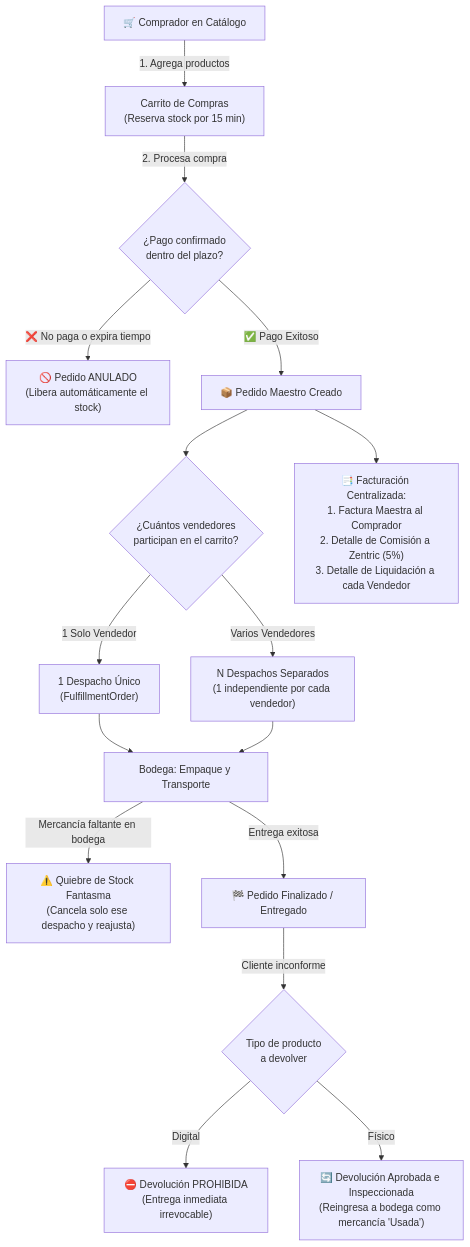
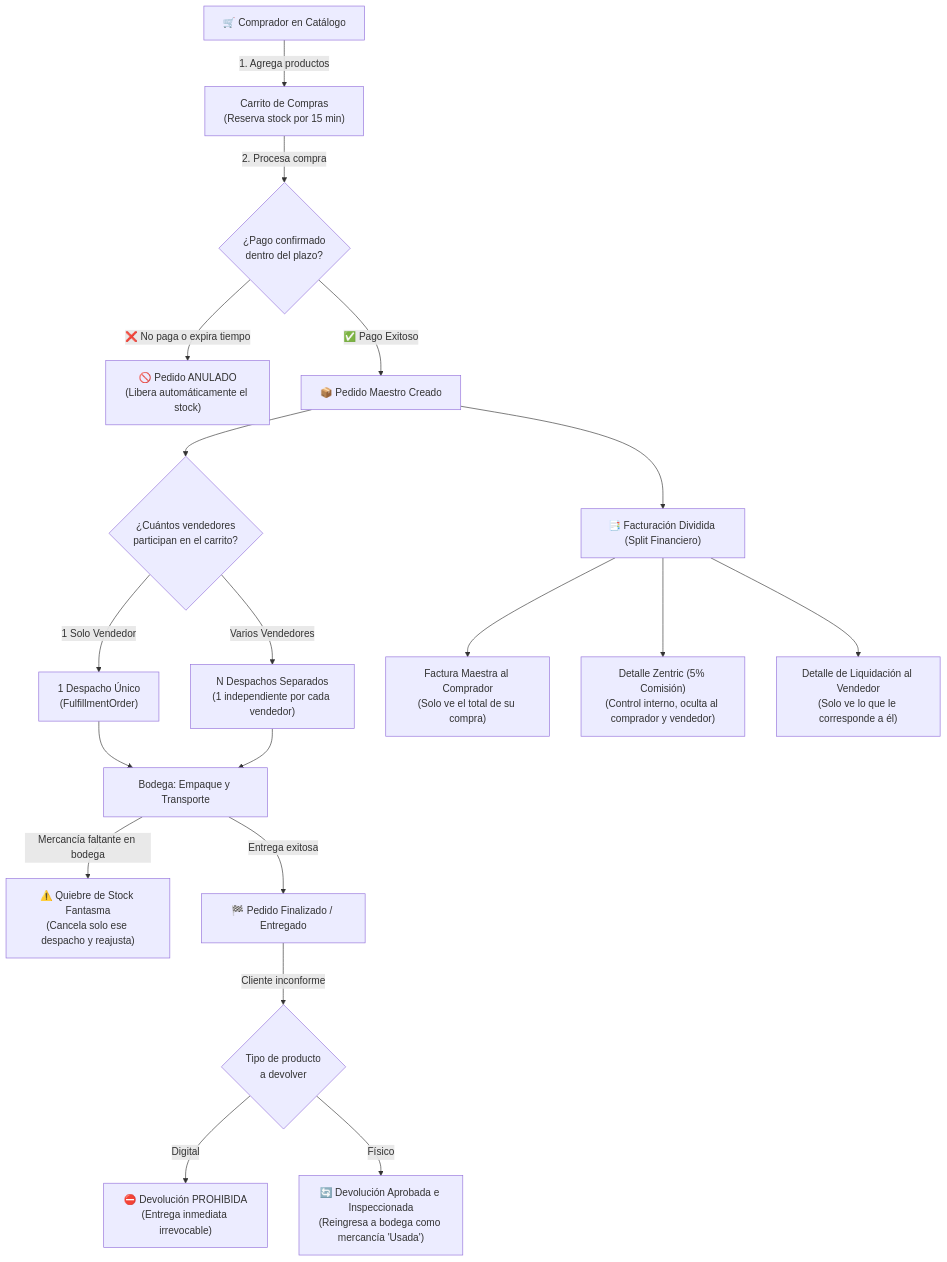
Before and after one commit to D-MachadoDev/Zentric: the first of 2 diagrams in backendSDD/01-system-overview.md, drawn with Mermaid. The commit also changed other lines of this file, not shown here.

Commit message:
docs(overview): add 8-phase workflow diagram and clarify invoice confidentiality

````diff
--- a/backendSDD/01-system-overview.md
+++ b/backendSDD/01-system-overview.md
@@ -13,25 +13,28 @@
 ```mermaid
 flowchart TD
     Buyer["🛒 Comprador en Catálogo"] -->|"1. Agrega productos"| Cart["Carrito de Compras\n(Reserva stock por 15 min)"]
     Cart -->|"2. Procesa compra"| Checkout{"¿Pago confirmado\ndentro del plazo?"}
     
     Checkout -->|"❌ No paga o expira tiempo"| Cancelled["🚫 Pedido ANULADO\n(Libera automáticamente el stock)"]
     Checkout -->|"✅ Pago Exitoso"| Order["📦 Pedido Maestro Creado"]
     
     Order --> Split{"¿Cuántos vendedores\nparticipan en el carrito?"}
     
     Split -->|"1 Solo Vendedor"| F1["1 Despacho Único\n(FulfillmentOrder)"]
     Split -->|"Varios Vendedores"| FN["N Despachos Separados\n(1 independiente por cada vendedor)"]
     
     F1 --> Prep["Bodega: Empaque y Transporte"]
     FN --> Prep
     
     Prep -->|"Mercancía faltante en bodega"| Ghost["⚠️ Quiebre de Stock Fantasma\n(Cancela solo ese despacho y reajusta)"]
     Prep -->|"Entrega exitosa"| Delivered["🏁 Pedido Finalizado / Entregado"]
     
     Delivered -->|"Cliente inconforme"| Return{"Tipo de producto\na devolver"}
     Return -->|"Digital"| NoReturn["⛔ Devolución PROHIBIDA\n(Entrega inmediata irrevocable)"]
     Return -->|"Físico"| PhysicalReturn["🔄 Devolución Aprobada e Inspeccionada\n(Reingresa a bodega como mercancía 'Usada')"]
     
-    Order --> Invoice["📑 Facturación Centralizada:\n1. Factura Maestra al Comprador\n2. Detalle de Comisión a Zentric (5%)\n3. Detalle de Liquidación a cada Vendedor"]
+    Order --> Invoice["📑 Facturación Dividida (Split Financiero)"]
+    Invoice --> InvBuyer["Factura Maestra al Comprador\n(Solo ve el total de su compra)"]
+    Invoice --> InvZentric["Detalle Zentric (5% Comisión)\n(Control interno, oculta al comprador y vendedor)"]
+    Invoice --> InvVendor["Detalle de Liquidación al Vendedor\n(Solo ve lo que le corresponde a él)"]
 ```
````
